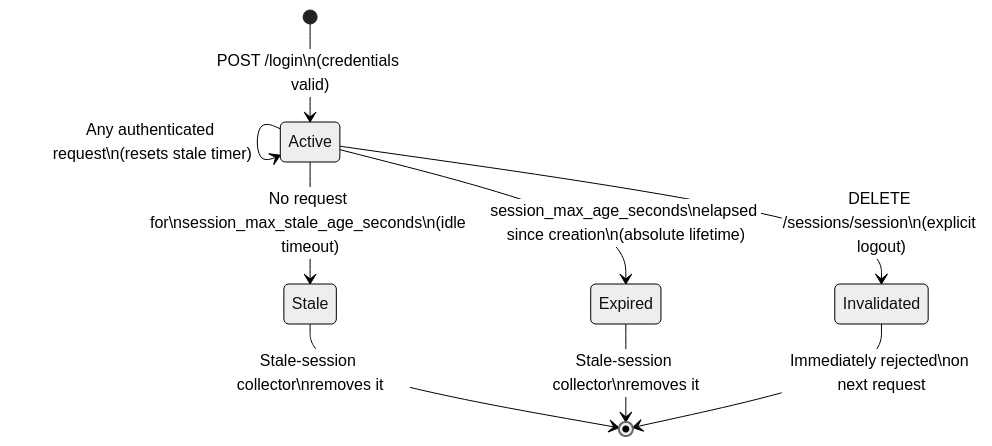
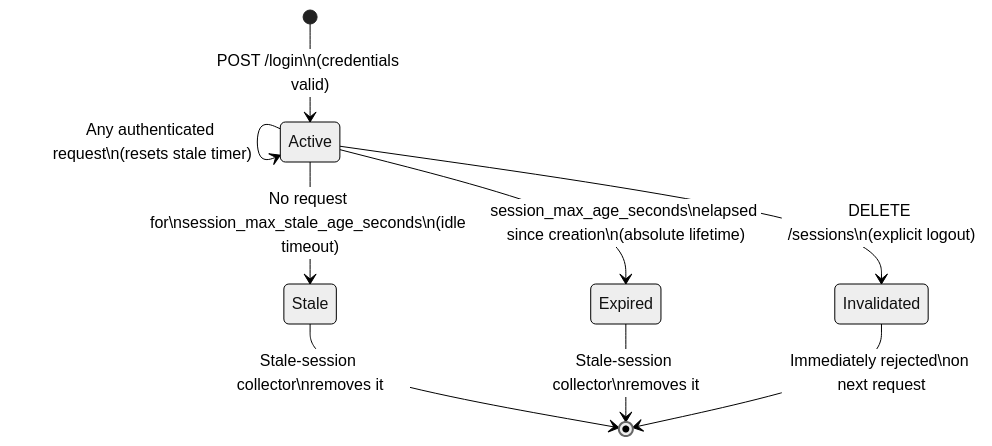
One commit to Cosmian/authentication changed the diagram in server/documentation/session_management.md. Above: the diagram before and after it, drawn with Mermaid (neutral theme). The commit also changed other lines of this file and 9 other files, not shown here.

````diff
--- a/server/documentation/session_management.md
+++ b/server/documentation/session_management.md
@@ -51,15 +51,15 @@
 ```mermaid
 stateDiagram-v2
     [*] --> Active : POST /login\n(credentials valid)
 
     Active --> Active : Any authenticated request\n(resets stale timer)
 
     Active --> Stale : No request for\nsession_max_stale_age_seconds\n(idle timeout)
     Stale --> [*] : Stale-session collector\nremoves it
 
     Active --> Expired : session_max_age_seconds\nelapsed since creation\n(absolute lifetime)
     Expired --> [*] : Stale-session collector\nremoves it
 
-    Active --> Invalidated : DELETE /sessions/session\n(explicit logout)
+    Active --> Invalidated : DELETE /sessions\n(explicit logout)
     Invalidated --> [*] : Immediately rejected\non next request
 ```
````
